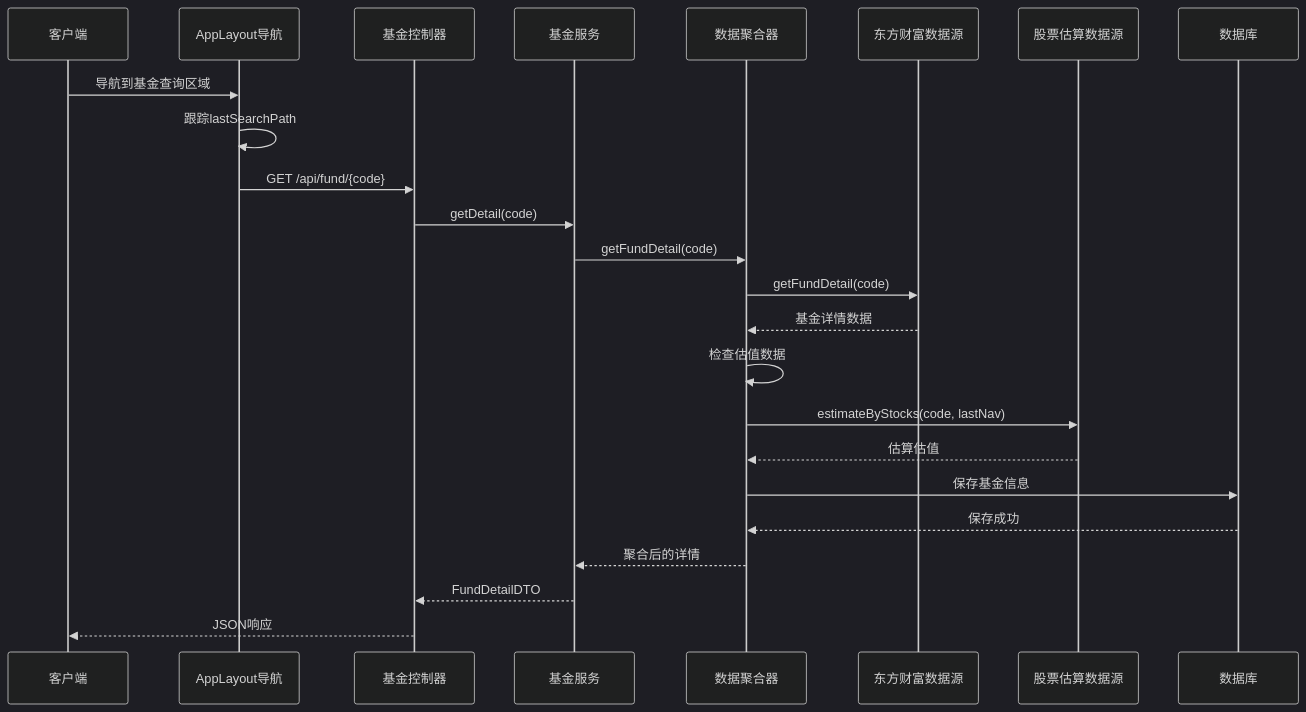
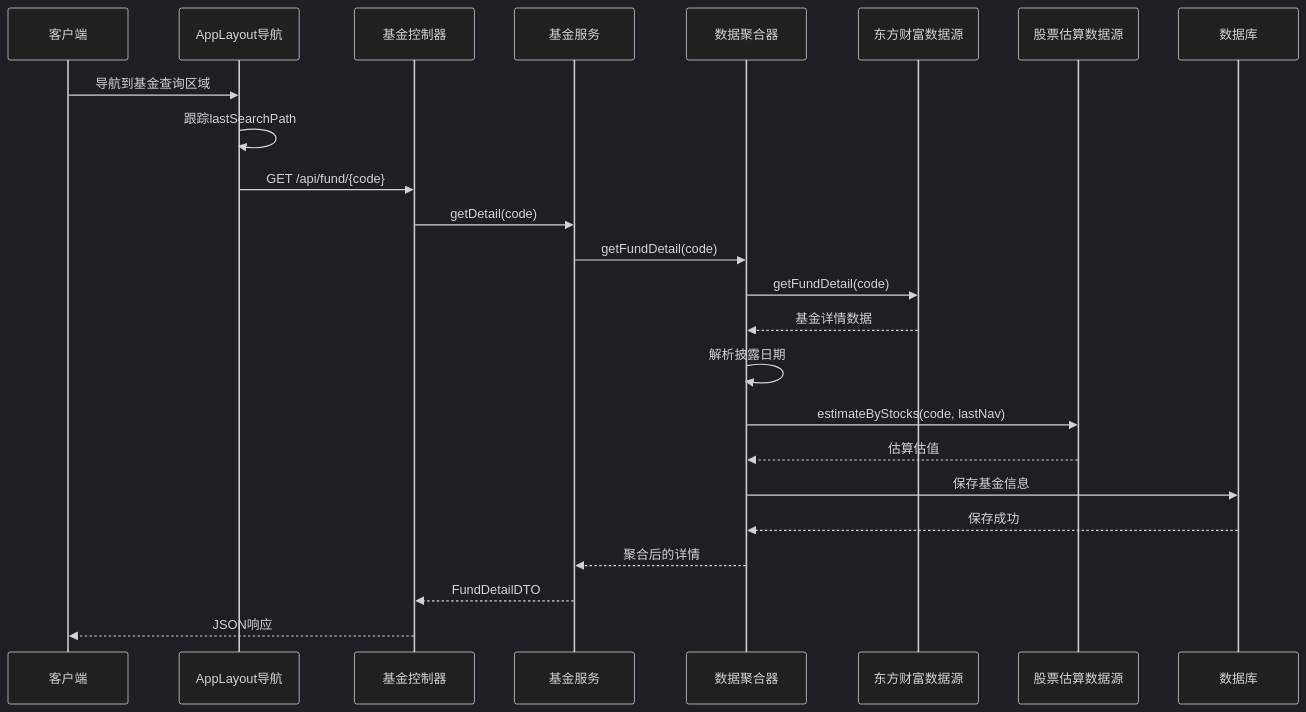
Before and after one commit to gree-coder/fund-butler: the second of 14 diagrams in .qoder/repowiki/zh/content/Fund Detail Enhancement.md, drawn with Mermaid (dark theme). The commit also changed other lines of this file and 5 other files, not shown here.

````diff
--- a/.qoder/repowiki/zh/content/Fund Detail Enhancement.md
+++ b/.qoder/repowiki/zh/content/Fund Detail Enhancement.md
@@ -182,26 +185,26 @@
 ```mermaid
 sequenceDiagram
 participant Client as 客户端
 participant Layout as AppLayout导航
 participant Controller as 基金控制器
 participant Service as 基金服务
 participant Aggregator as 数据聚合器
 participant EastMoney as 东方财富数据源
 participant StockEstimate as 股票估算数据源
 participant DB as 数据库
 Client->>Layout : 导航到基金查询区域
 Layout->>Layout : 跟踪lastSearchPath
 Layout->>Controller : GET /api/fund/{code}
 Controller->>Service : getDetail(code)
 Service->>Aggregator : getFundDetail(code)
 Aggregator->>EastMoney : getFundDetail(code)
 EastMoney-->>Aggregator : 基金详情数据
-Aggregator->>Aggregator : 检查估值数据
+Aggregator->>Aggregator : 解析披露日期
 Aggregator->>StockEstimate : estimateByStocks(code, lastNav)
 StockEstimate-->>Aggregator : 估算估值
 Aggregator->>DB : 保存基金信息
 DB-->>Aggregator : 保存成功
 Aggregator-->>Service : 聚合后的详情
 Service-->>Controller : FundDetailDTO
 Controller-->>Client : JSON响应
 ```
````
